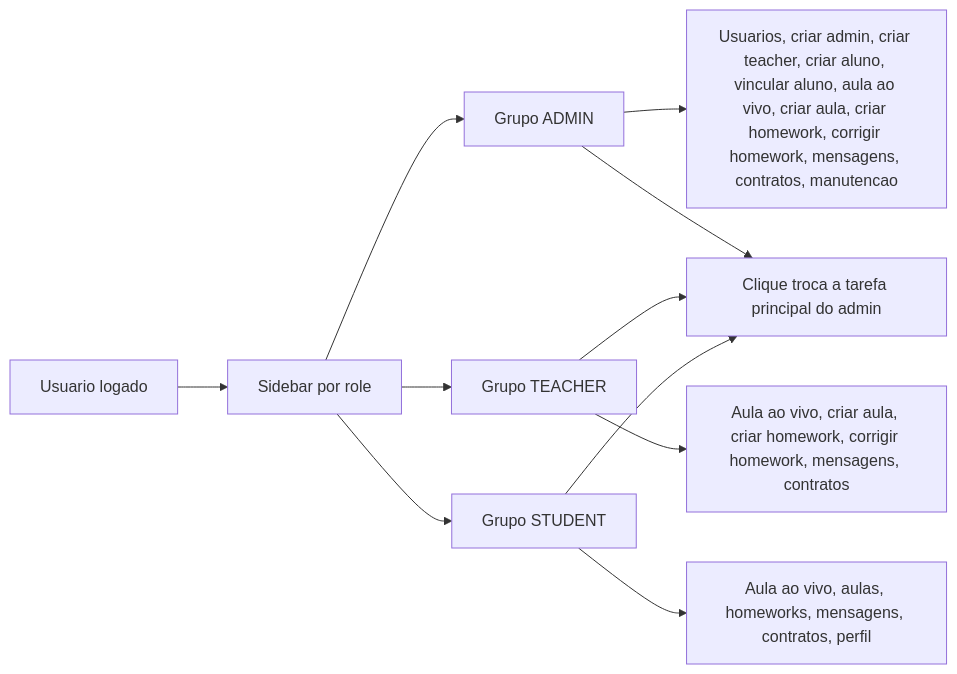
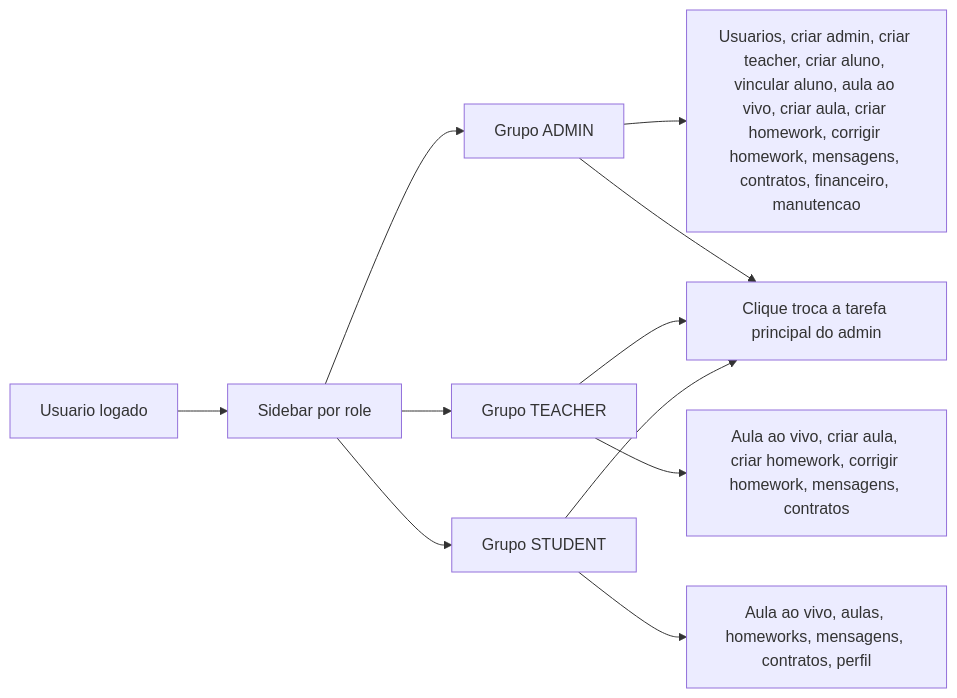
Before and after one commit to WilliYY/Candy-English: the seventh of 14 diagrams in docs/fluxos-ava.md, drawn with Mermaid. The commit also changed other lines of this file and 12 other files, not shown here.

````diff
--- a/docs/fluxos-ava.md
+++ b/docs/fluxos-ava.md
@@ -144,13 +144,13 @@
 ```mermaid
 flowchart LR
   A["Usuario logado"] --> B["Sidebar por role"]
   B --> C["Grupo ADMIN"]
   B --> D["Grupo TEACHER"]
   B --> E["Grupo STUDENT"]
-  C --> C1["Usuarios, criar admin, criar teacher, criar aluno, vincular aluno, aula ao vivo, criar aula, criar homework, corrigir homework, mensagens, contratos, manutencao"]
+  C --> C1["Usuarios, criar admin, criar teacher, criar aluno, vincular aluno, aula ao vivo, criar aula, criar homework, corrigir homework, mensagens, contratos, financeiro, manutencao"]
   D --> D1["Aula ao vivo, criar aula, criar homework, corrigir homework, mensagens, contratos"]
   E --> E1["Aula ao vivo, aulas, homeworks, mensagens, contratos, perfil"]
   C --> F["Clique troca a tarefa principal do admin"]
   D --> F
   E --> F
 ```
````
